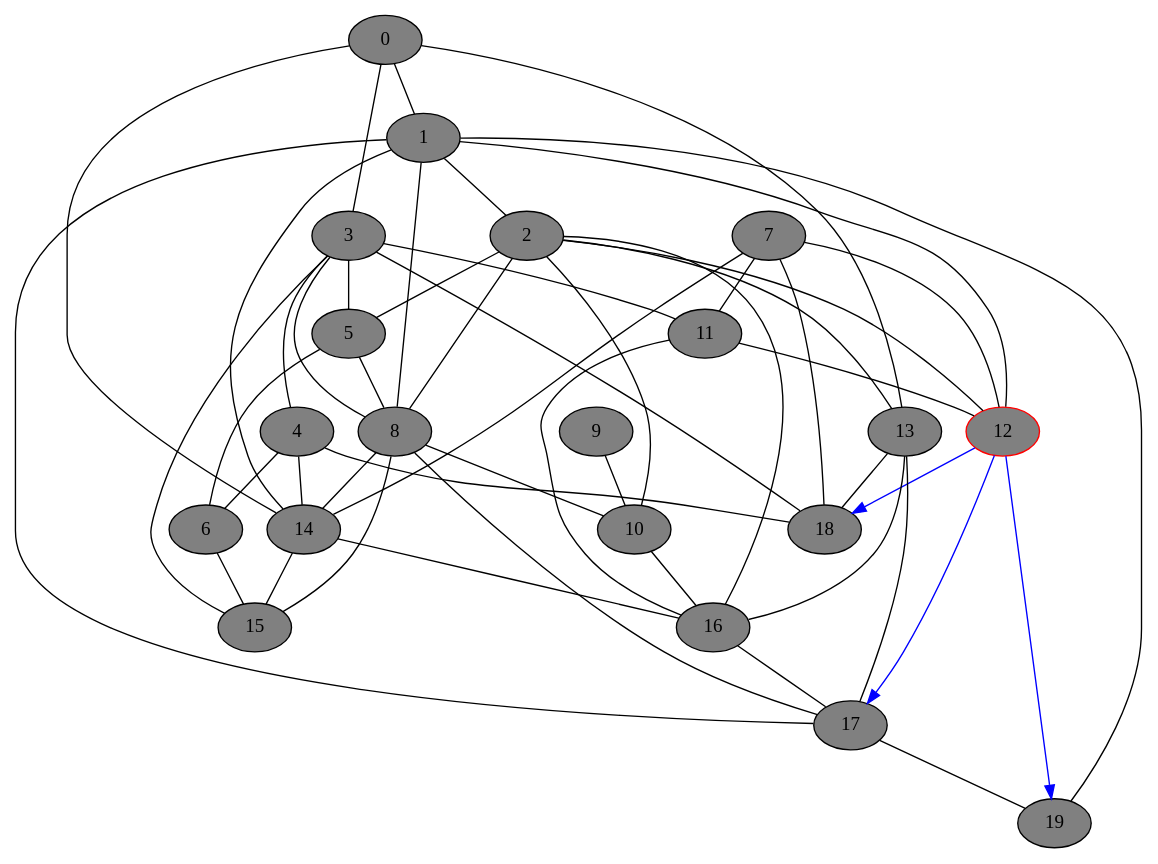
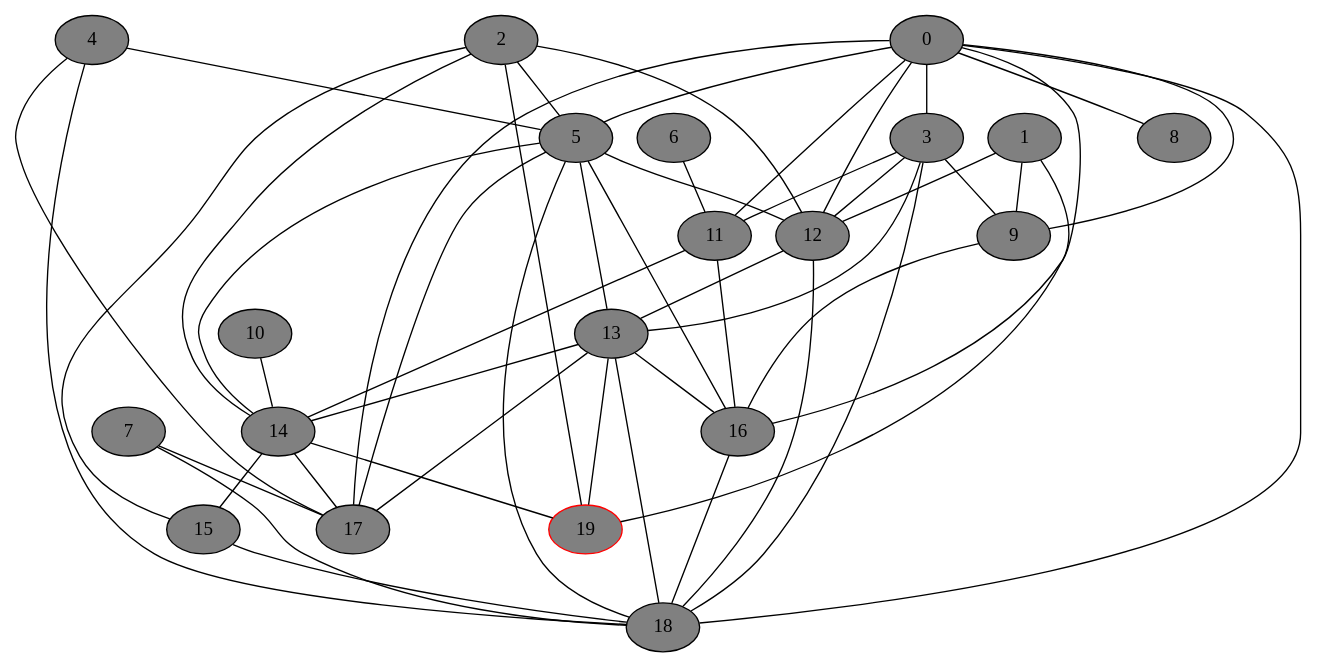
One commit to DSMishler/EBA_models changed the diagram in gv_graphs/nxt0096.dot. Above: the diagram before and after it, drawn with Graphviz. The commit also changed 704 other files, not shown here.

```diff
--- a/gv_graphs/nxt0096.dot
+++ b/gv_graphs/nxt0096.dot
@@ -1,74 +1,74 @@
 // network test graph
 digraph
 {
 	0 [fillcolor=gray,style=filled,]
 	1 [fillcolor=gray,style=filled,]
 	2 [fillcolor=gray,style=filled,]
 	3 [fillcolor=gray,style=filled,]
 	4 [fillcolor=gray,style=filled,]
 	5 [fillcolor=gray,style=filled,]
 	6 [fillcolor=gray,style=filled,]
 	7 [fillcolor=gray,style=filled,]
 	8 [fillcolor=gray,style=filled,]
 	9 [fillcolor=gray,style=filled,]
 	10 [fillcolor=gray,style=filled,]
 	11 [fillcolor=gray,style=filled,]
-	12 [fillcolor=gray,style=filled,color=red,]
+	12 [fillcolor=gray,style=filled,]
 	13 [fillcolor=gray,style=filled,]
 	14 [fillcolor=gray,style=filled,]
 	15 [fillcolor=gray,style=filled,]
 	16 [fillcolor=gray,style=filled,]
 	17 [fillcolor=gray,style=filled,]
 	18 [fillcolor=gray,style=filled,]
-	19 [fillcolor=gray,style=filled,]
-	0 -> 1 [dir=none]
+	19 [fillcolor=gray,style=filled,color=red,]
 	0 -> 3 [dir=none]
-	0 -> 13 [dir=none]
-	0 -> 14 [dir=none]
-	1 -> 2 [dir=none]
-	1 -> 8 [dir=none]
+	0 -> 5 [dir=none]
+	0 -> 8 [dir=none]
+	0 -> 9 [dir=none]
+	0 -> 11 [dir=none]
+	0 -> 12 [dir=none]
+	0 -> 16 [dir=none]
+	0 -> 17 [dir=none]
+	0 -> 18 [dir=none]
+	1 -> 9 [dir=none]
 	1 -> 12 [dir=none]
-	1 -> 14 [dir=none]
-	1 -> 17 [dir=none]
 	1 -> 19 [dir=none]
 	2 -> 5 [dir=none]
-	2 -> 8 [dir=none]
-	2 -> 10 [dir=none]
 	2 -> 12 [dir=none]
-	2 -> 13 [dir=none]
-	2 -> 16 [dir=none]
-	3 -> 4 [dir=none]
-	3 -> 5 [dir=none]
-	3 -> 8 [dir=none]
+	2 -> 14 [dir=none]
+	2 -> 15 [dir=none]
+	2 -> 19 [dir=none]
+	3 -> 9 [dir=none]
 	3 -> 11 [dir=none]
-	3 -> 15 [dir=none]
+	3 -> 12 [dir=none]
+	3 -> 13 [dir=none]
 	3 -> 18 [dir=none]
-	4 -> 6 [dir=none]
-	4 -> 14 [dir=none]
+	4 -> 5 [dir=none]
+	4 -> 17 [dir=none]
 	4 -> 18 [dir=none]
-	5 -> 6 [dir=none]
-	5 -> 8 [dir=none]
-	6 -> 15 [dir=none]
-	7 -> 11 [dir=none]
-	7 -> 12 [dir=none]
-	7 -> 14 [dir=none]
+	5 -> 12 [dir=none]
+	5 -> 13 [dir=none]
+	5 -> 14 [dir=none]
+	5 -> 16 [dir=none]
+	5 -> 17 [dir=none]
+	5 -> 18 [dir=none]
+	6 -> 11 [dir=none]
+	7 -> 17 [dir=none]
 	7 -> 18 [dir=none]
-	8 -> 10 [dir=none]
-	8 -> 14 [dir=none]
-	8 -> 15 [dir=none]
-	8 -> 17 [dir=none]
-	9 -> 10 [dir=none]
-	10 -> 16 [dir=none]
-	11 -> 12 [dir=none]
+	9 -> 16 [dir=none]
+	10 -> 14 [dir=none]
+	11 -> 14 [dir=none]
 	11 -> 16 [dir=none]
-	12 -> 17 [dir=forward,color=blue,]
-	12 -> 18 [dir=forward,color=blue,]
-	12 -> 19 [dir=forward,color=blue,]
+	12 -> 13 [dir=none]
+	12 -> 18 [dir=none]
+	13 -> 14 [dir=none]
 	13 -> 16 [dir=none]
 	13 -> 17 [dir=none]
 	13 -> 18 [dir=none]
+	13 -> 19 [dir=none]
 	14 -> 15 [dir=none]
-	14 -> 16 [dir=none]
-	16 -> 17 [dir=none]
-	17 -> 19 [dir=none]
+	14 -> 17 [dir=none]
+	14 -> 19 [dir=none]
+	15 -> 18 [dir=none]
+	16 -> 18 [dir=none]
 }
```
